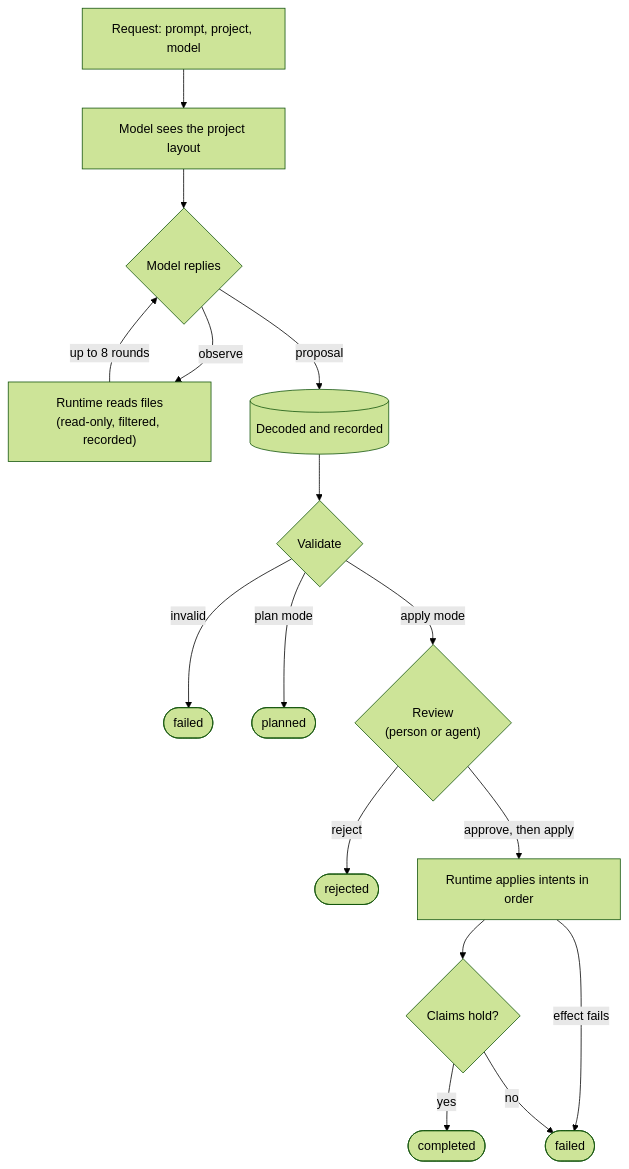
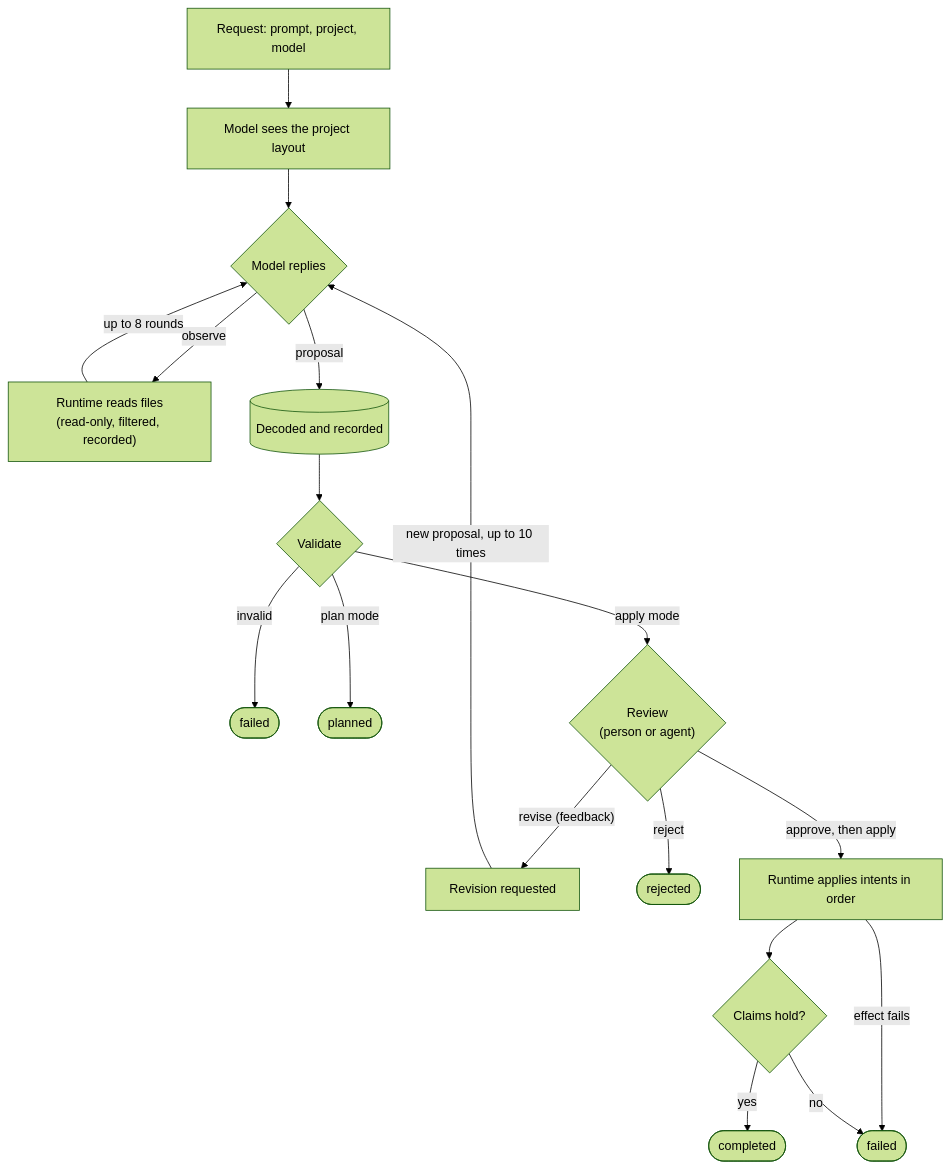
The diagram in README.md (santosh79/current), drawn with Mermaid (forest theme) before and after one commit. The commit also changed other lines of this file and 36 other files, not shown here.

Commit message:
proposal_revision_requested

````diff
--- a/README.md
+++ b/README.md
@@ -331,18 +341,20 @@
 ```mermaid
 flowchart TD
     task["Request: prompt, project, model"] --> layout["Model sees the project layout"]
     layout --> reply{"Model replies"}
     reply -- "observe" --> read["Runtime reads files<br/>(read-only, filtered, recorded)"]
     read -- "up to 8 rounds" --> reply
     reply -- "proposal" --> recorded[("Decoded and recorded")]
     recorded --> validate{"Validate"}
     validate -- "invalid" --> failed1(["failed"])
     validate -- "plan mode" --> planned(["planned"])
     validate -- "apply mode" --> review{"Review<br/>(person or agent)"}
+    review -- "revise (feedback)" --> revision["Revision requested"]
+    revision -- "new proposal, up to 10 times" --> reply
     review -- "reject" --> rejected(["rejected"])
     review -- "approve, then apply" --> apply["Runtime applies intents in order"]
     apply --> verify{"Claims hold?"}
     verify -- "yes" --> completed(["completed"])
     apply -- "effect fails" --> failed2(["failed"])
     verify -- "no" --> failed2
 ```
````
